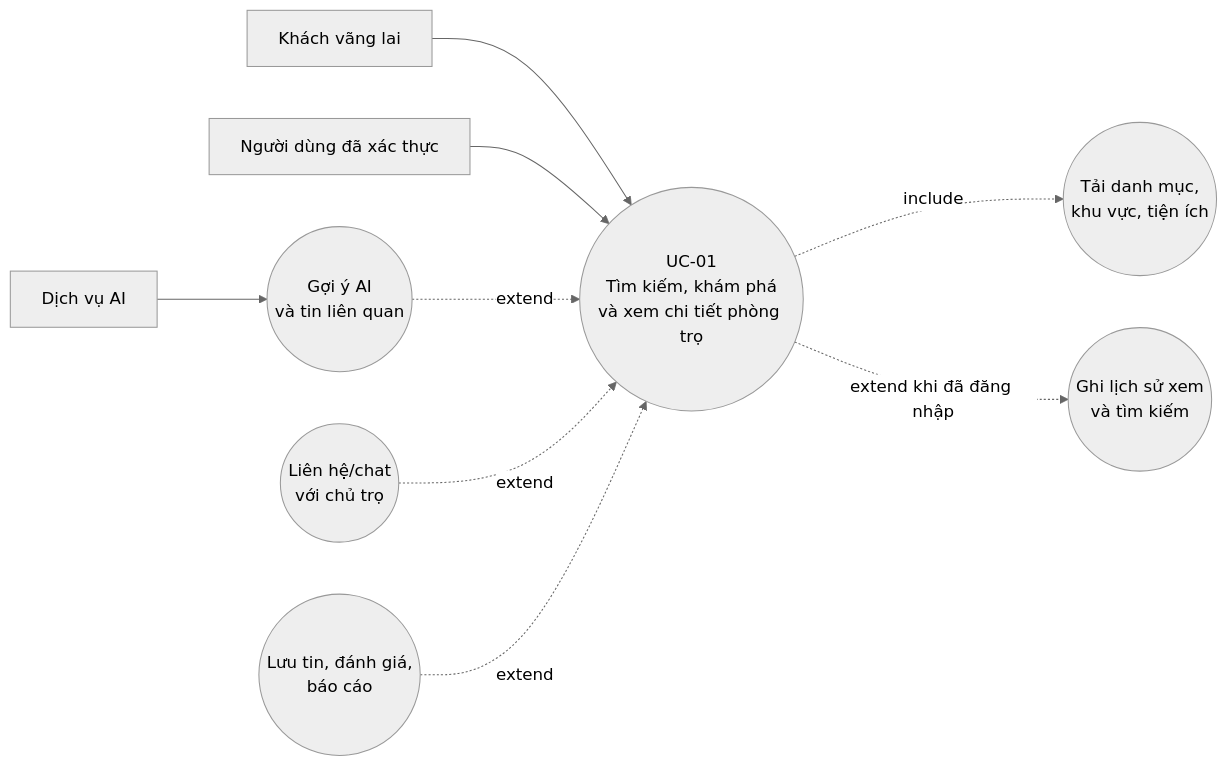
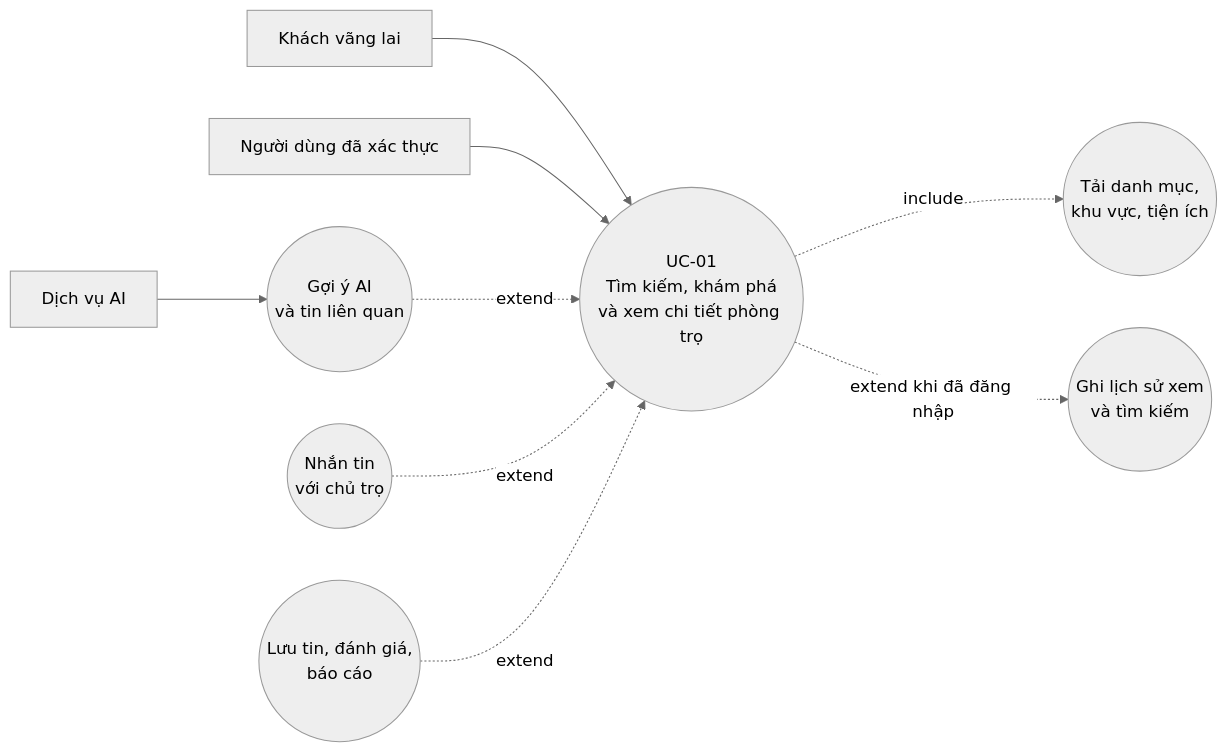
One commit to hoanxsyp/DoAnTotNghiep_Web changed the third of 21 diagrams in DOANTOTNGHIEP/docs/09_BAO_CAO_USECASE_HE_THONG.md. Above: the diagram before and after it, drawn with Mermaid (neutral theme). The commit also changed other lines of this file and 74 other files, not shown here.

Commit message:
fix: luồng chủ trọ

````diff
--- a/DOANTOTNGHIEP/docs/09_BAO_CAO_USECASE_HE_THONG.md
+++ b/DOANTOTNGHIEP/docs/09_BAO_CAO_USECASE_HE_THONG.md
@@ -222,22 +222,22 @@
 ```mermaid
 flowchart LR
   Guest["Khách vãng lai"]
   Auth["Người dùng đã xác thực"]
   AI["Dịch vụ AI"]
 
   Main(("UC-01<br/>Tìm kiếm, khám phá<br/>và xem chi tiết phòng trọ"))
   Catalog(("Tải danh mục,<br/>khu vực, tiện ích"))
   History(("Ghi lịch sử xem<br/>và tìm kiếm"))
   Reco(("Gợi ý AI<br/>và tin liên quan"))
-  Contact(("Liên hệ/chat<br/>với chủ trọ"))
+  Chat(("Nhắn tin<br/>với chủ trọ"))
   Interact(("Lưu tin, đánh giá,<br/>báo cáo"))
 
   Guest --> Main
   Auth --> Main
   Main -.->|include| Catalog
   Main -.->|extend khi đã đăng nhập| History
   Reco -.->|extend| Main
-  Contact -.->|extend| Main
+  Chat -.->|extend| Main
   Interact -.->|extend| Main
   AI --> Reco
 ```
````
